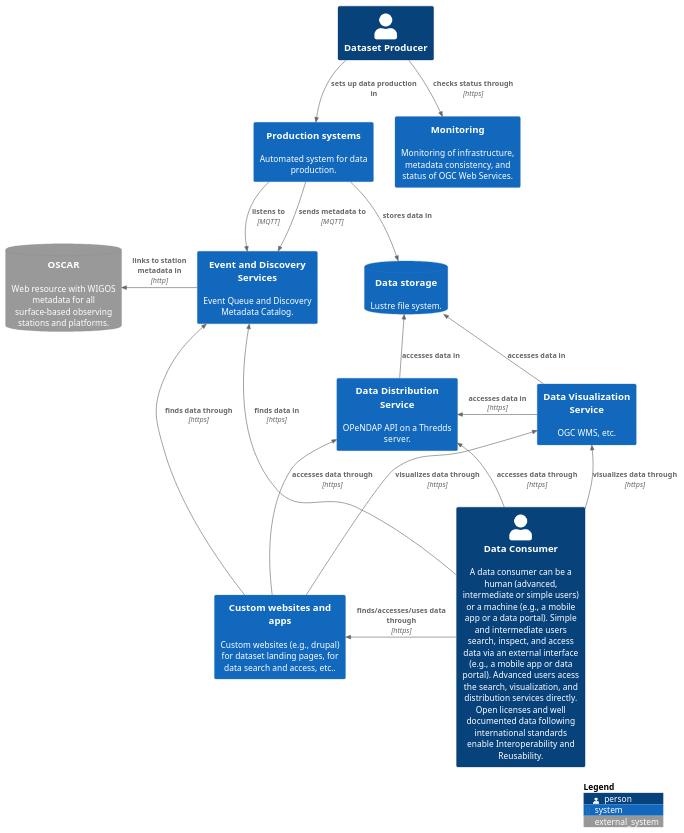
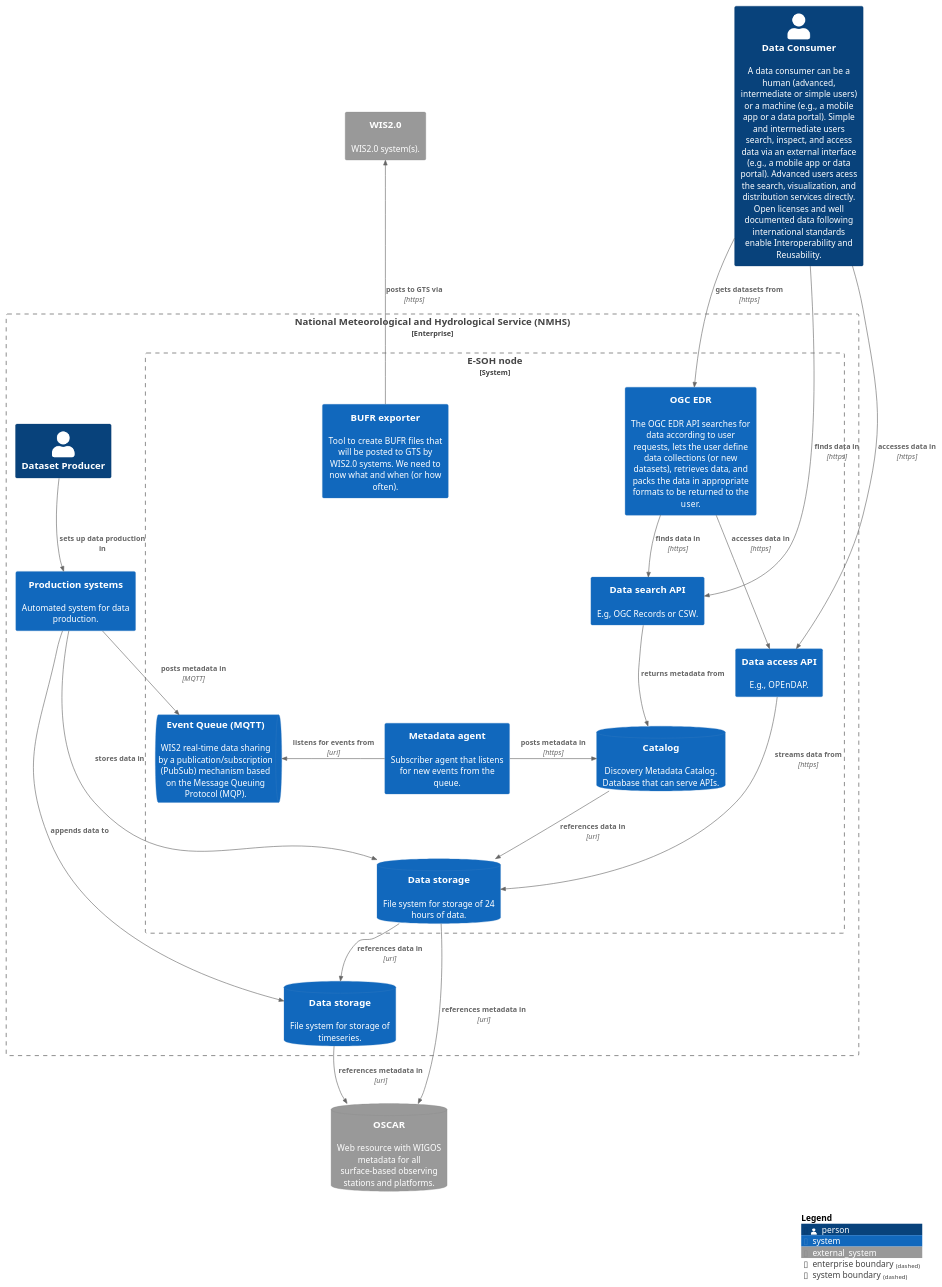
Before and after one commit to EURODEO/e-soh-c4: the diagram in MWH-context.puml, drawn with PlantUML. The commit also changed 2 other files, not shown here.

```diff
--- a/MWH-context.puml
+++ b/MWH-context.puml
@@ -1,46 +1,54 @@
 @startuml context-diagram
 !include https://raw.githubusercontent.com/plantuml-stdlib/C4-PlantUML/master/C4_Context.puml
 
 LAYOUT_TOP_DOWN()
 'LAYOUT_LEFT_RIGHT()
 
-Person(dataproducer, "Dataset Producer")
 Person(consumers, "Data Consumer", "A data consumer can be a human (advanced, intermediate or simple users) or a machine (e.g., a mobile app or a data portal). Simple and intermediate users search, inspect, and access data via an external interface (e.g., a mobile app or data portal). Advanced users acess the search, visualization, and distribution services directly. Open licenses and well documented data following international standards enable Interoperability and Reusability.")
-
-System(dmservice, "Event and Discovery Services", "Event Queue and Discovery Metadata Catalog.")
-System(productionhub, "Production systems", "Automated system for data production.")
-System(dist_systems, "Data Distribution Service", "OPeNDAP API on a Thredds server.")
-System(vis_systems, "Data Visualization Service", "OGC WMS, etc.")
-System(monitoring, "Monitoring", "Monitoring of infrastructure, metadata consistency, and status of OGC Web Services.")
-SystemDb(lustre, "Data storage", "Lustre file system.")
 SystemDb_Ext(oscar, "OSCAR", "Web resource with WIGOS metadata for all surface-based observing stations and platforms.")
 
-System(websites, "Custom websites and apps", "Custom websites (e.g., drupal) for dataset landing pages, for data search and access, etc..")
+Enterprise_Boundary(nhms, "National Meteorological and Hydrological Service (NMHS)"){
+  Person(dataproducer, "Dataset Producer")
+  System(productionhub, "Production systems", "Automated system for data production.")
+  SystemDb(datastore, "Data storage", "File system for storage of timeseries.")
 
-Rel_U(consumers, dist_systems, "accesses data through", "https")
-Rel_U(consumers, dmservice, "finds data in", "https")
-Rel_U(consumers, vis_systems, "visualizes data through", "https")
+  System_Boundary(e-soh, "E-SOH node"){
+    SystemDb(store24, "Data storage", "File system for storage of 24 hours of data.")
+    SystemQueue(queue, "Event Queue (MQTT)", "WIS2 real-time data sharing by a publication/subscription (PubSub) mechanism based on the Message Queuing Protocol (MQP).")
+    SystemDb(discovery24, "Catalog", "Discovery Metadata Catalog. Database that can serve APIs.")
+    System(agent, "Metadata agent", "Subscriber agent that listens for new events from the queue.")
+    System(edr, "OGC EDR", "The OGC EDR API searches for data according to user requests, lets the user define data collections (or new datasets), retrieves data, and packs the data in appropriate formats to be returned to the user.")
+    System(search, "Data search API", "E.g, OGC Records or CSW.")
+    System(access, "Data access API", "E.g., OPEnDAP.")
+    System(bufr, "BUFR exporter", "Tool to create BUFR files that will be posted to GTS by WIS2.0 systems. We need to now what and when (or how often).")
+  }
+}
 
-Rel(dataproducer, monitoring, "checks status through", "https")
+System_Ext(wis2, "WIS2.0", "WIS2.0 system(s).")
+
+Rel_U(bufr, wis2, "posts to GTS via", "https")
+
+Rel(productionhub, queue, "posts metadata in", "MQTT")
+Rel_L(agent, queue, "listens for events from", "uri")
+Rel_R(agent, discovery24, "posts metadata in", "https")
+Rel(discovery24, store24, "references data in", "uri")
+Rel(store24, datastore, "references data in", "uri")
+Rel(store24, oscar, "references metadata in", "uri")
+Rel(datastore, oscar, "references metadata in", "uri")
+Rel(edr, search, "finds data in", "https")
+Rel(edr, access, "accesses data in", "https")
+Rel(access, store24, "streams data from", "https")
+Rel(search, discovery24, "returns metadata from")
+
+Rel(consumers, search, "finds data in", "https")
+Rel(consumers, access, "accesses data in", "https")
+Rel(consumers, edr, "gets datasets from", "https")
 
 Rel(dataproducer, productionhub, "sets up data production in")
 
-Rel(productionhub, lustre, "stores data in")
-Rel_U(dist_systems, lustre, "accesses data in")
-Rel(productionhub, dmservice, "sends metadata to", "MQTT")
-Rel(productionhub, dmservice, "listens to", "MQTT")
-Rel_L(dmservice, oscar, "links to station metadata in", "http")
-
-Rel_U(vis_systems, lustre, "accesses data in")
-Rel_L(vis_systems, dist_systems, "accesses data in", "https")
-
-Rel_U(websites, dmservice, "finds data through", "https")
-Rel_U(websites, vis_systems, "visualizes data through", "https")
-Rel_U(websites, dist_systems, "accesses data through", "https")
-Rel_L(consumers, websites, "finds/accesses/uses data through", "https")
-
-
+Rel(productionhub, datastore, "appends data to")
+Rel(productionhub, store24, "stores data in")
 
 SHOW_LEGEND()
 
 @enduml
```
